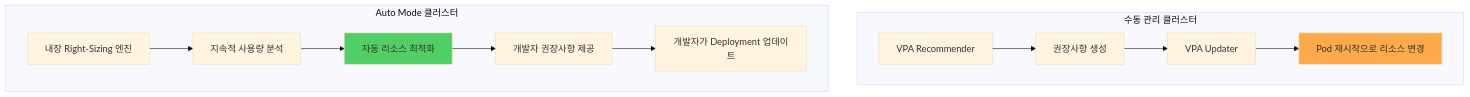
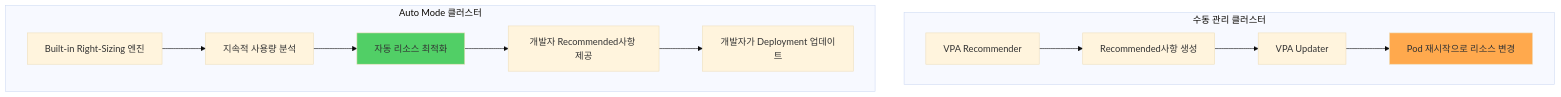
The third of 16 diagrams in i18n/en/docusaurus-plugin-content-docs/current/eks-best-practices/resource-cost/eks-resource-optimization.md (devfloor9/engineering-playbook), drawn with Mermaid (base theme) before and after one commit. The commit also changed other lines of this file and 16 other files, not shown here.

````diff
--- a/i18n/en/docusaurus-plugin-content-docs/current/eks-best-practices/resource-cost/eks-resource-optimization.md
+++ b/i18n/en/docusaurus-plugin-content-docs/current/eks-best-practices/resource-cost/eks-resource-optimization.md
@@ -777,18 +777,18 @@
 ```mermaid
 graph TB
     subgraph "수동 관리 클러스터"
-        A1[VPA Recommender] --> A2[권장사항 생성]
+        A1[VPA Recommender] --> A2[Recommended사항 생성]
         A2 --> A3[VPA Updater]
         A3 --> A4[Pod 재시작으로 리소스 변경]
     end
 
     subgraph "Auto Mode 클러스터"
-        B1[내장 Right-Sizing 엔진] --> B2[지속적 사용량 분석]
+        B1[Built-in Right-Sizing 엔진] --> B2[지속적 사용량 분석]
         B2 --> B3[자동 리소스 최적화]
-        B3 --> B4[개발자 권장사항 제공]
+        B3 --> B4[개발자 Recommended사항 제공]
         B4 --> B5[개발자가 Deployment 업데이트]
     end
 
     style A4 fill:#ffa94d
     style B3 fill:#51cf66
 ```
````
